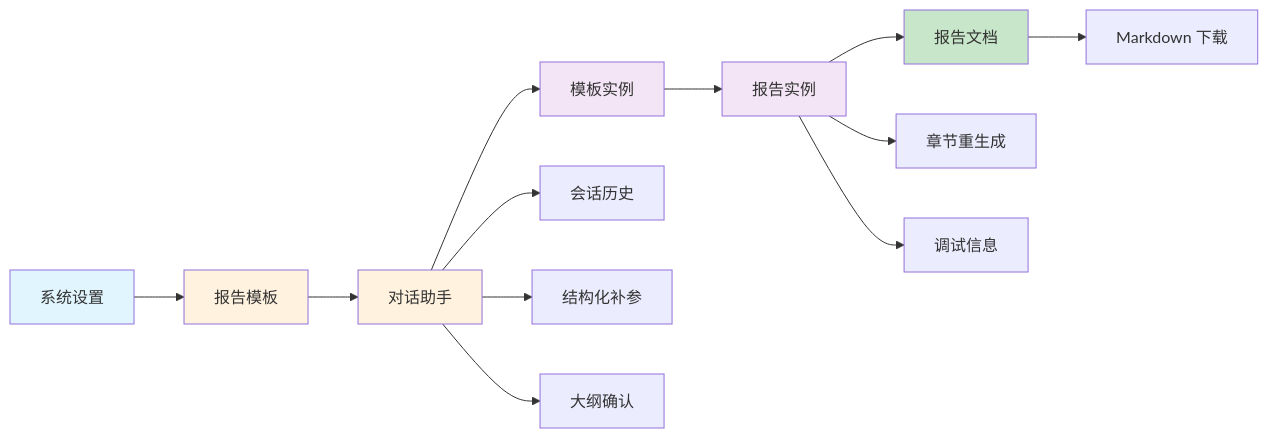
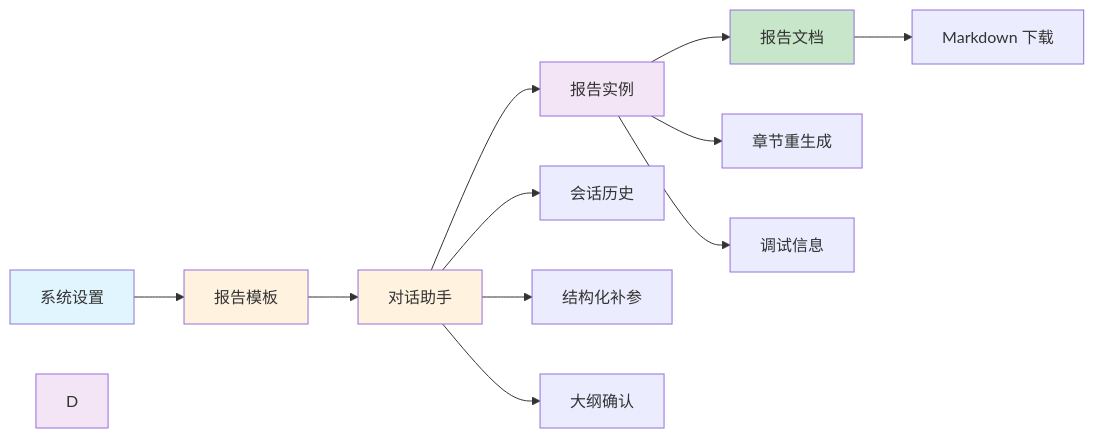
The second of 2 diagrams in design/story.md (shel447/ReportSystem), drawn with Mermaid before and after one commit. The commit also changed other lines of this file and 25 other files, not shown here.

````diff
--- a/design/story.md
+++ b/design/story.md
@@ -386,22 +385,21 @@
 ```mermaid
 graph LR
     A[系统设置] --> B[报告模板]
     B --> C[对话助手]
-    C --> D[模板实例]
-    D --> E[报告实例]
+    C --> E[报告实例]
     E --> F[报告文档]
 
     C --> C1[会话历史]
     C --> C2[结构化补参]
     C --> C3[大纲确认]
     E --> E1[章节重生成]
     E --> E2[调试信息]
     F --> F1[Markdown 下载]
 
     style A fill:#e1f5fe
     style B fill:#fff3e0
     style C fill:#fff3e0
     style D fill:#f3e5f5
     style E fill:#f3e5f5
     style F fill:#c8e6c9
 ```
````
